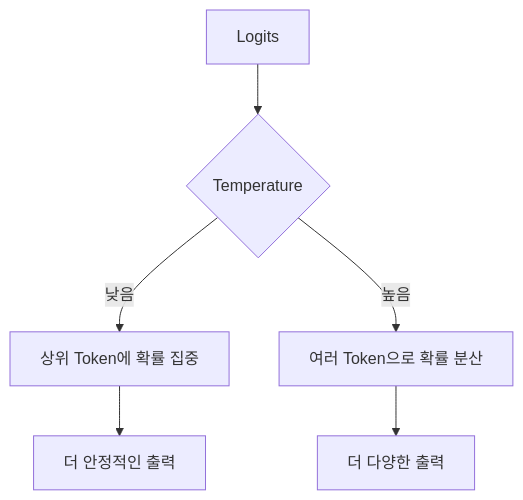
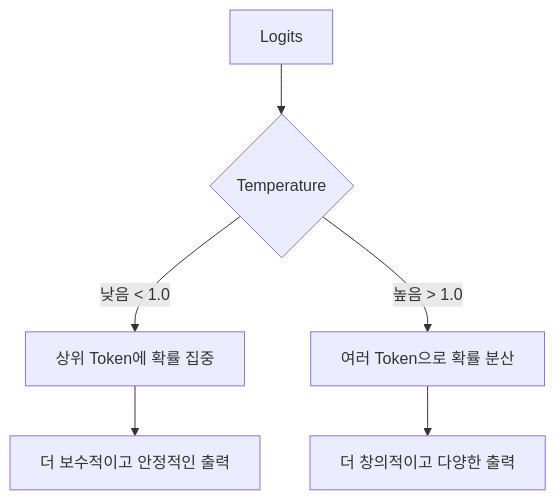
Before and after one commit to jwsung91/jwsung91.github.io: the second of 4 diagrams in src/content/blog/2026-07-03-llm-core-decoding.md, drawn with Mermaid. The commit also changed other lines of this file and 35 other files, not shown here.

````diff
--- a/src/content/blog/2026-07-03-llm-core-decoding.md
+++ b/src/content/blog/2026-07-03-llm-core-decoding.md
@@ -235,8 +154,8 @@
 ```mermaid
 flowchart TD
     A[Logits] --> B{Temperature}
-    B -->|낮음| C[상위 Token에 확률 집중]
-    B -->|높음| D[여러 Token으로 확률 분산]
-    C --> E[더 안정적인 출력]
-    D --> F[더 다양한 출력]
+    B -->|낮음 < 1.0| C[상위 Token에 확률 집중]
+    B -->|높음 > 1.0| D[여러 Token으로 확률 분산]
+    C --> E[더 보수적이고 안정적인 출력]
+    D --> F[더 창의적이고 다양한 출력]
 ```
````
